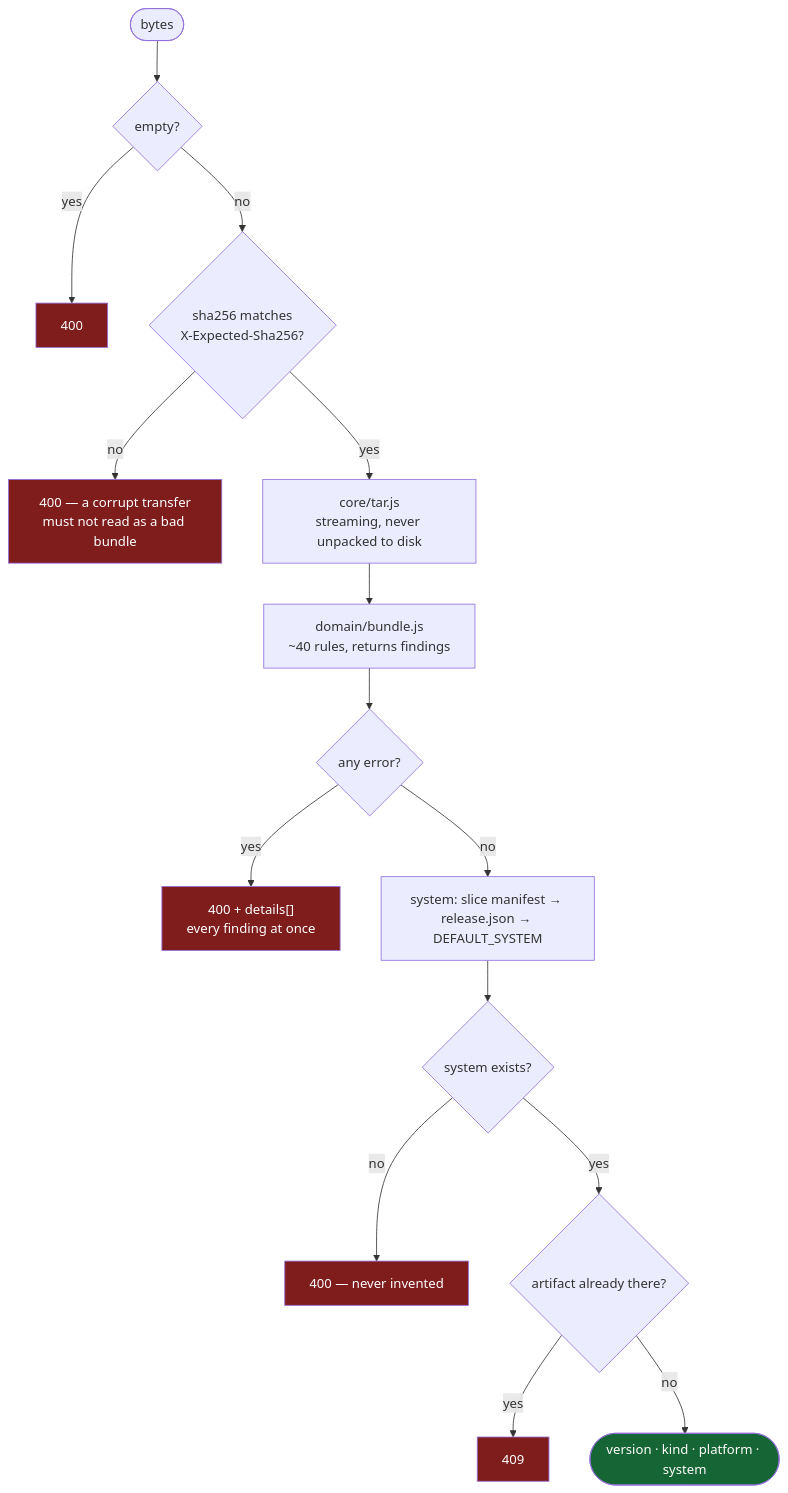
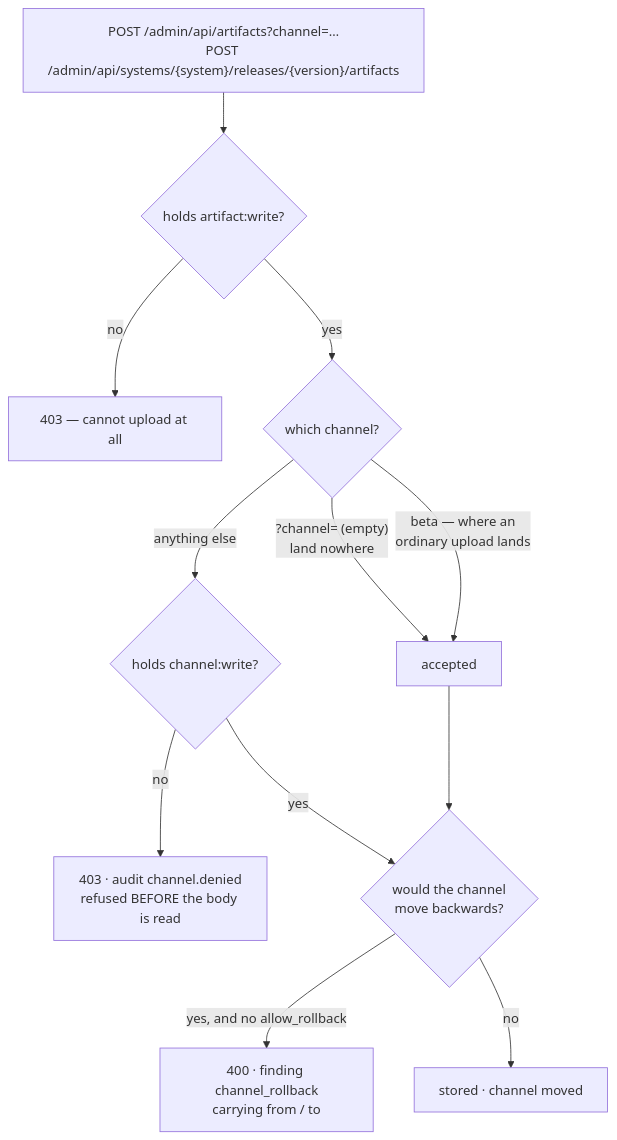
The fourth of 8 diagrams in docs/c4.md (Si-Ops-Real-Time-Robotics-Inc/AeroCoreUpdate), drawn with Mermaid before and after one commit. The commit also changed other lines of this file and 168 other files, not shown here.

First line of the commit message:
feat: Keycloak-only auth, the new web UI, and a version line per system

````diff
--- a/docs/c4.md
+++ b/docs/c4.md
@@ -212,24 +134,18 @@
 ```mermaid
-flowchart TB
-    start(["bytes"]) --> size{"empty?"}
-    size -->|yes| r1["400"]
-    size -->|no| sha{"sha256 matches<br/>X-Expected-Sha256?"}
-    sha -->|no| r2["400 — a corrupt transfer<br/>must not read as a bad bundle"]
-    sha -->|yes| tar["core/tar.js<br/>streaming, never unpacked to disk"]
-    tar --> insp["domain/bundle.js<br/>~40 rules, returns findings"]
-    insp --> err{"any error?"}
-    err -->|yes| r3["400 + details[]<br/>every finding at once"]
-    err -->|no| sys["system: slice manifest → release.json → DEFAULT_SYSTEM"]
-    sys --> known{"system exists?"}
-    known -->|no| r4["400 — never invented"]
-    known -->|yes| dup{"artifact already there?"}
-    dup -->|yes| r5["409"]
-    dup -->|no| ok(["version · kind · platform · system"])
+flowchart TD
+  up["POST /admin/api/artifacts?channel=…<br/>POST /admin/api/systems/{system}/releases/{version}/artifacts"]
+  up --> scope{"holds artifact:write?"}
+  scope -->|no| deny401["403 — cannot upload at all"]
+  scope -->|yes| which{"which channel?"}
 
-    style r1 fill:#7f1d1d,color:#fff
-    style r2 fill:#7f1d1d,color:#fff
-    style r3 fill:#7f1d1d,color:#fff
-    style r4 fill:#7f1d1d,color:#fff
-    style r5 fill:#7f1d1d,color:#fff
-    style ok fill:#166534,color:#fff
+  which -->|"?channel= (empty)<br/>land nowhere"| ok["accepted"]
+  which -->|"beta — where an<br/>ordinary upload lands"| ok
+  which -->|"anything else"| pub{"holds channel:write?"}
+
+  pub -->|no| deny["403 · audit channel.denied<br/>refused BEFORE the body is read"]
+  pub -->|yes| back{"would the channel<br/>move backwards?"}
+
+  ok --> back
+  back -->|yes, and no allow_rollback| roll["400 · finding channel_rollback<br/>carrying from / to"]
+  back -->|no| store["stored · channel moved"]
 ```
````
